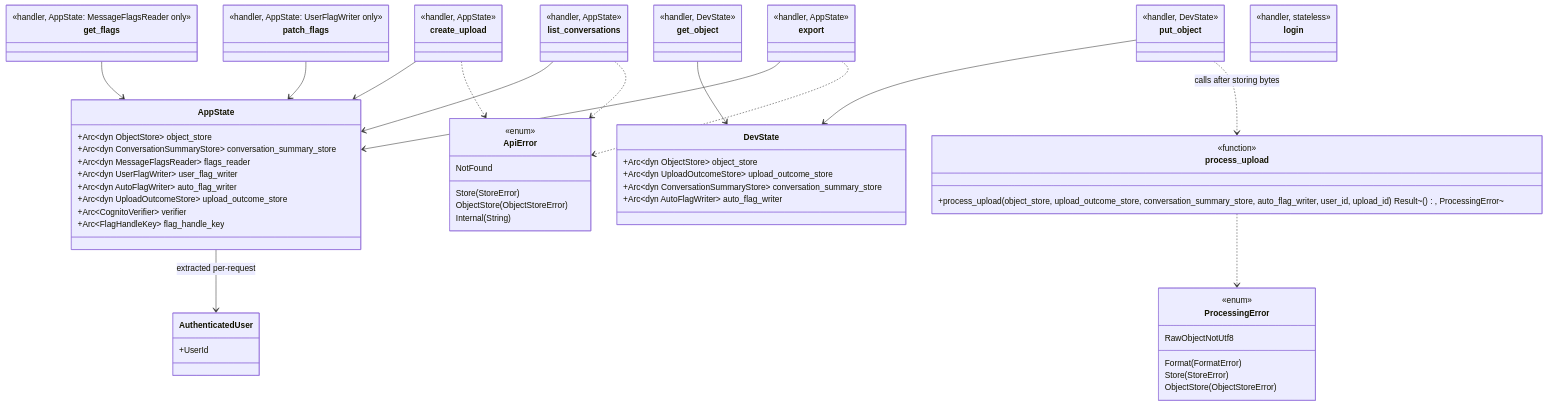
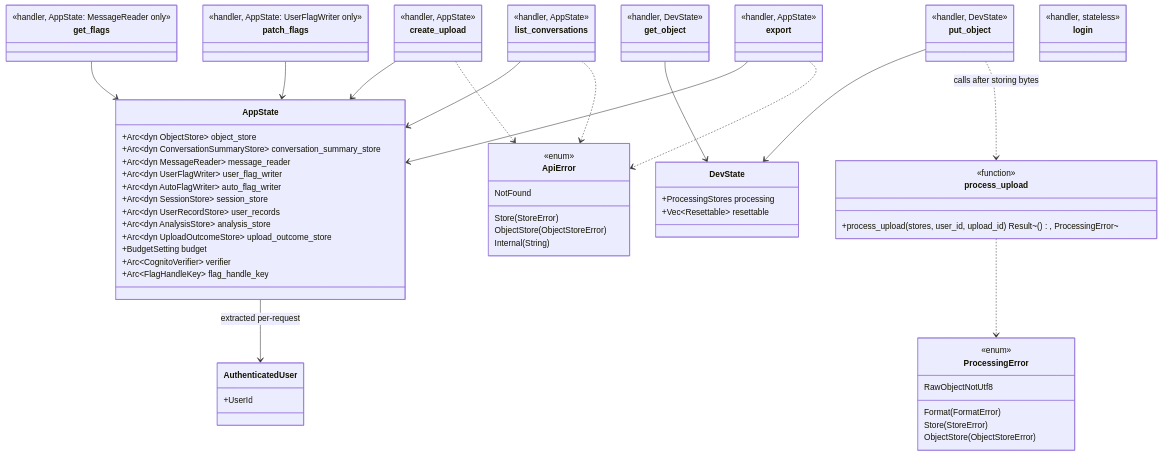
Before and after one commit to Telotrope/conversation-timeline: the diagram in backend/timeline-api/README.md, drawn with Mermaid. The commit also changed other lines of this file and 5 other files, not shown here.

````diff
--- a/backend/timeline-api/README.md
+++ b/backend/timeline-api/README.md
@@ -108,78 +116,80 @@
 ```mermaid
 classDiagram
     class AppState {
         +Arc~dyn ObjectStore~ object_store
         +Arc~dyn ConversationSummaryStore~ conversation_summary_store
-        +Arc~dyn MessageFlagsReader~ flags_reader
+        +Arc~dyn MessageReader~ message_reader
         +Arc~dyn UserFlagWriter~ user_flag_writer
         +Arc~dyn AutoFlagWriter~ auto_flag_writer
+        +Arc~dyn SessionStore~ session_store
+        +Arc~dyn UserRecordStore~ user_records
+        +Arc~dyn AnalysisStore~ analysis_store
         +Arc~dyn UploadOutcomeStore~ upload_outcome_store
+        +BudgetSetting budget
         +Arc~CognitoVerifier~ verifier
         +Arc~FlagHandleKey~ flag_handle_key
     }
     class DevState {
-        +Arc~dyn ObjectStore~ object_store
-        +Arc~dyn UploadOutcomeStore~ upload_outcome_store
-        +Arc~dyn ConversationSummaryStore~ conversation_summary_store
-        +Arc~dyn AutoFlagWriter~ auto_flag_writer
+        +ProcessingStores processing
+        +Vec~Resettable~ resettable
     }
     class AuthenticatedUser {
         +UserId
     }
     class ApiError {
         <<enum>>
         NotFound
         Store(StoreError)
         ObjectStore(ObjectStoreError)
         Internal(String)
     }
     class ProcessingError {
         <<enum>>
         RawObjectNotUtf8
         Format(FormatError)
         Store(StoreError)
         ObjectStore(ObjectStoreError)
     }
     class process_upload {
         <<function>>
-        +process_upload(object_store, upload_outcome_store, conversation_summary_store, auto_flag_writer, user_id, upload_id) Result~(), ProcessingError~
+        +process_upload(stores, user_id, upload_id) Result~(), ProcessingError~
     }
     class create_upload {
         <<handler, AppState>>
     }
     class list_conversations {
         <<handler, AppState>>
     }
     class get_flags {
-        <<handler, AppState: MessageFlagsReader only>>
+        <<handler, AppState: MessageReader only>>
     }
     class patch_flags {
         <<handler, AppState: UserFlagWriter only>>
     }
     class export {
         <<handler, AppState>>
     }
     class put_object {
         <<handler, DevState>>
     }
     class get_object {
         <<handler, DevState>>
     }
     class login {
         <<handler, stateless>>
     }
 
     AppState --> AuthenticatedUser : extracted per-request
     create_upload --> AppState
     list_conversations --> AppState
     get_flags --> AppState
     patch_flags --> AppState
     export --> AppState
     put_object --> DevState
     get_object --> DevState
     put_object ..> process_upload : calls after storing bytes
     process_upload ..> ProcessingError
     create_upload ..> ApiError
     list_conversations ..> ApiError
     export ..> ApiError
 ```
````
